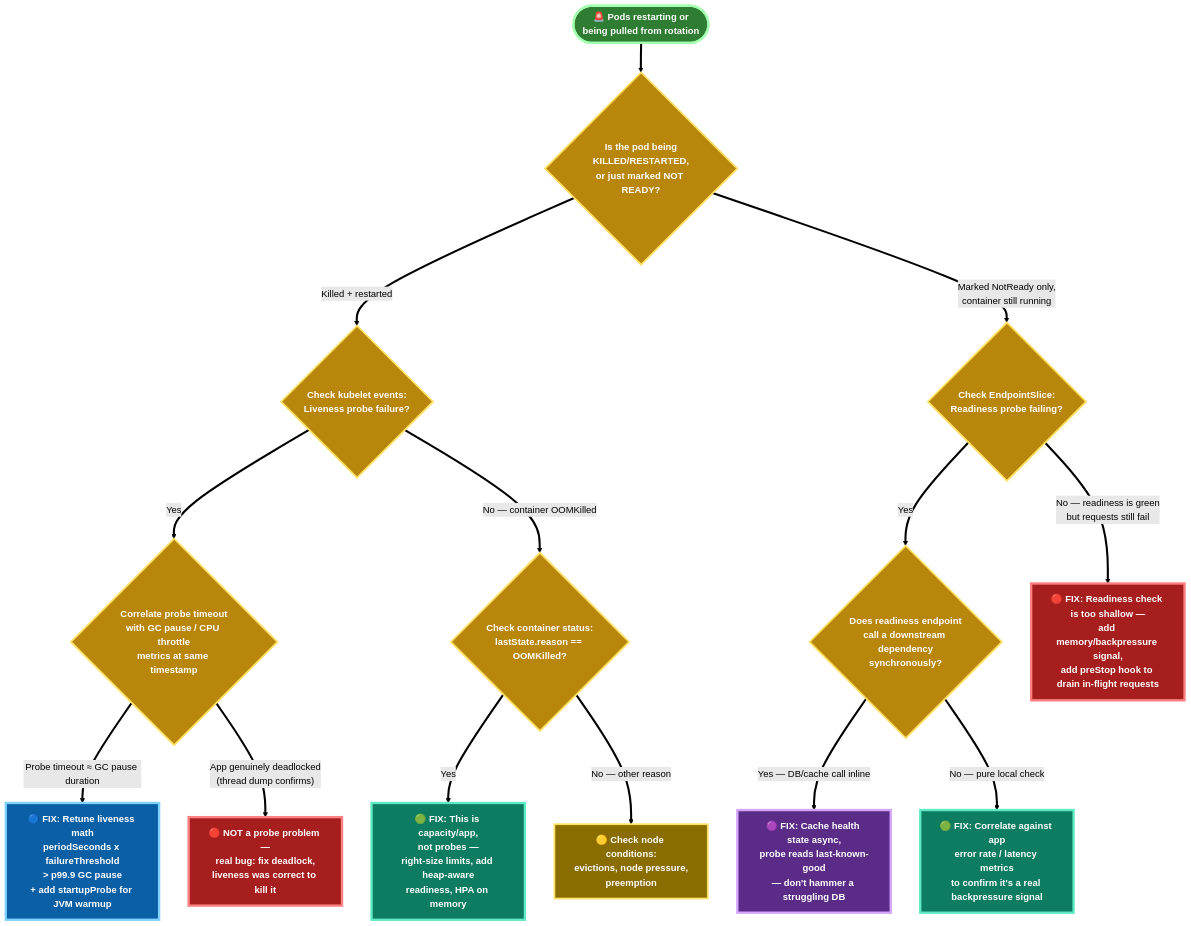
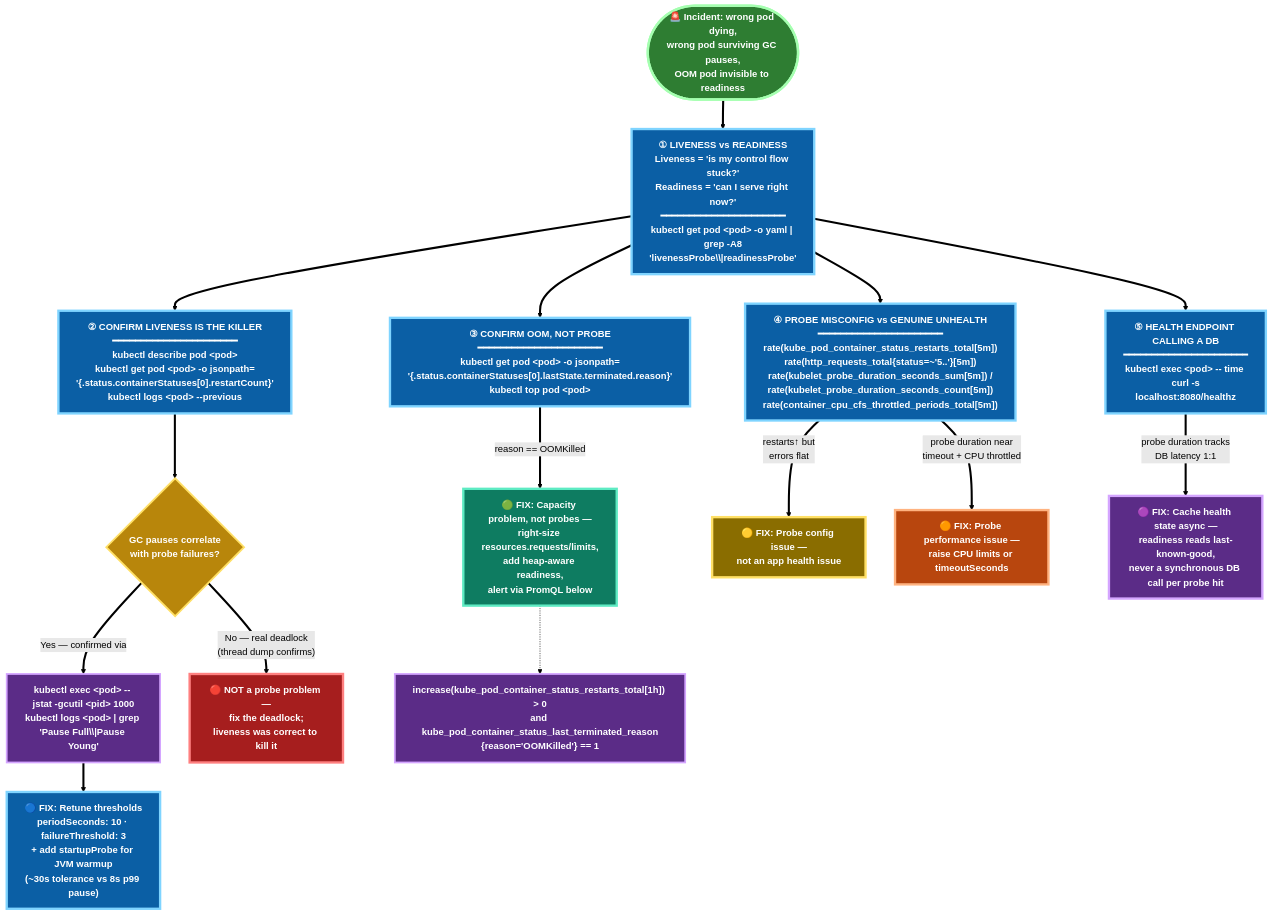
One commit to SubirDutta82/devops-interview-notes changed the second of 2 diagrams in k8s/liveness_rediness_probe_failure.md. Above: the diagram before and after it, drawn with Mermaid (forest theme).

````diff
--- a/k8s/liveness_rediness_probe_failure.md
+++ b/k8s/liveness_rediness_probe_failure.md
@@ -168,37 +168,52 @@
 ```mermaid
 flowchart TD
-    Start(["🚨 Pods restarting or<br/>being pulled from rotation"]) ==> Q1{"Is the pod being<br/>KILLED/RESTARTED,<br/>or just marked NOT READY?"}
+    Start(["🚨 Incident: wrong pod dying,<br/>wrong pod surviving GC pauses,<br/>OOM pod invisible to readiness"]) ==> P1
 
-    Q1 ==>|"Killed + restarted"| Q2{"Check kubelet events:<br/>Liveness probe failure?"}
-    Q1 ==>|"Marked NotReady only,<br/>container still running"| Q6{"Check EndpointSlice:<br/>Readiness probe failing?"}
+    P1["① LIVENESS vs READINESS<br/>Liveness = 'is my control flow stuck?'<br/>Readiness = 'can I serve right now?'<br/>━━━━━━━━━━━━━━━━━━━━━━<br/>kubectl get pod &lt;pod&gt; -o yaml | grep -A8<br/>'livenessProbe\\|readinessProbe'"]
 
-    Q2 ==>|Yes| Q3{"Correlate probe timeout<br/>with GC pause / CPU throttle<br/>metrics at same timestamp"}
-    Q3 ==>|"Probe timeout ≈ GC pause duration"| F1["🔵 FIX: Retune liveness math<br/>periodSeconds x failureThreshold<br/>&gt; p99.9 GC pause<br/>+ add startupProbe for JVM warmup"]
-    Q3 ==>|"App genuinely deadlocked<br/>(thread dump confirms)"| F2["🔴 NOT a probe problem —<br/>real bug: fix deadlock,<br/>liveness was correct to kill it"]
+    P1 ==> P2["② CONFIRM LIVENESS IS THE KILLER<br/>━━━━━━━━━━━━━━━━━━━━━━<br/>kubectl describe pod &lt;pod&gt;<br/>kubectl get pod &lt;pod&gt; -o jsonpath=<br/>'{.status.containerStatuses[0].restartCount}'<br/>kubectl logs &lt;pod&gt; --previous"]
 
-    Q2 ==>|"No — container OOMKilled"| Q4{"Check container status:<br/>lastState.reason == OOMKilled?"}
-    Q4 ==>|Yes| F3["🟢 FIX: This is capacity/app,<br/>not probes —<br/>right-size limits, add heap-aware<br/>readiness, HPA on memory"]
-    Q4 ==>|"No — other reason"| Q5["🟡 Check node conditions:<br/>evictions, node pressure,<br/>preemption"]
+    P2 ==> P3{"GC pauses correlate<br/>with probe failures?"}
 
-    Q6 ==>|Yes| Q7{"Does readiness endpoint<br/>call a downstream dependency<br/>synchronously?"}
-    Q7 ==>|"Yes — DB/cache call inline"| F4["🟣 FIX: Cache health state async,<br/>probe reads last-known-good<br/>— don't hammer a struggling DB"]
-    Q7 ==>|"No — pure local check"| F5["🟢 FIX: Correlate against app<br/>error rate / latency metrics<br/>to confirm it's a real backpressure signal"]
+    P3 ==>|"Yes — confirmed via"| P3a["kubectl exec &lt;pod&gt; -- jstat -gcutil &lt;pid&gt; 1000<br/>kubectl logs &lt;pod&gt; | grep 'Pause Full\\|Pause Young'"]
+    P3a ==> F1["🔵 FIX: Retune thresholds<br/>periodSeconds: 10 · failureThreshold: 3<br/>+ add startupProbe for JVM warmup<br/>(~30s tolerance vs 8s p99 pause)"]
 
-    Q6 ==>|"No — readiness is green<br/>but requests still fail"| F6["🔴 FIX: Readiness check is too shallow —<br/>add memory/backpressure signal,<br/>add preStop hook to drain in-flight requests"]
+    P3 ==>|"No — real deadlock<br/>(thread dump confirms)"| F2["🔴 NOT a probe problem —<br/>fix the deadlock;<br/>liveness was correct to kill it"]
+
+    P1 ==> P4["③ CONFIRM OOM, NOT PROBE<br/>━━━━━━━━━━━━━━━━━━━━━━<br/>kubectl get pod &lt;pod&gt; -o jsonpath=<br/>'{.status.containerStatuses[0].lastState.terminated.reason}'<br/>kubectl top pod &lt;pod&gt;"]
+
+    P4 ==>|"reason == OOMKilled"| F3["🟢 FIX: Capacity problem, not probes —<br/>right-size resources.requests/limits,<br/>add heap-aware readiness,<br/>alert via PromQL below"]
+
+    F3 -.-> M1["increase(kube_pod_container_status_restarts_total[1h]) &gt; 0<br/>and kube_pod_container_status_last_terminated_reason<br/>{reason='OOMKilled'} == 1"]
+
+    P1 ==> P5["④ PROBE MISCONFIG vs GENUINE UNHEALTH<br/>━━━━━━━━━━━━━━━━━━━━━━<br/>rate(kube_pod_container_status_restarts_total[5m])<br/>rate(http_requests_total{status=~'5..'}[5m])<br/>rate(kubelet_probe_duration_seconds_sum[5m]) /<br/>rate(kubelet_probe_duration_seconds_count[5m])<br/>rate(container_cpu_cfs_throttled_periods_total[5m])"]
+
+    P5 ==>|"restarts↑ but<br/>errors flat"| F4["🟡 FIX: Probe config issue —<br/>not an app health issue"]
+    P5 ==>|"probe duration near<br/>timeout + CPU throttled"| F5["🟠 FIX: Probe performance issue —<br/>raise CPU limits or timeoutSeconds"]
+
+    P1 ==> P6["⑤ HEALTH ENDPOINT CALLING A DB<br/>━━━━━━━━━━━━━━━━━━━━━━<br/>kubectl exec &lt;pod&gt; -- time curl -s<br/>localhost:8080/healthz"]
+
+    P6 ==>|"probe duration tracks<br/>DB latency 1:1"| F6["🟣 FIX: Cache health state async —<br/>readiness reads last-known-good,<br/>never a synchronous DB call per probe hit"]
 
     classDef startEnd fill:#2E7D32,stroke:#A5FFB0,stroke-width:4px,color:#ffffff,font-weight:bold
+    classDef step fill:#0B5FA5,stroke:#7FD4FF,stroke-width:4px,color:#ffffff,font-weight:bold
     classDef decision fill:#B8860B,stroke:#FFE066,stroke-width:3px,color:#ffffff,font-weight:bold
+    classDef metric fill:#5B2C87,stroke:#D4A5FF,stroke-width:3px,color:#ffffff,font-weight:bold
     classDef fixBlue fill:#0B5FA5,stroke:#7FD4FF,stroke-width:4px,color:#ffffff,font-weight:bold
     classDef fixRed fill:#A61E1E,stroke:#FF8080,stroke-width:4px,color:#ffffff,font-weight:bold
     classDef fixGreen fill:#0E7C61,stroke:#5EEBC3,stroke-width:4px,color:#ffffff,font-weight:bold
     classDef fixPurple fill:#5B2C87,stroke:#D4A5FF,stroke-width:4px,color:#ffffff,font-weight:bold
-    classDef fixYellow fill:#8A6D00,stroke:#FFE066,stroke-width:3px,color:#ffffff,font-weight:bold
+    classDef fixYellow fill:#8A6D00,stroke:#FFE066,stroke-width:4px,color:#ffffff,font-weight:bold
+    classDef fixOrange fill:#B8460E,stroke:#FFB380,stroke-width:4px,color:#ffffff,font-weight:bold
 
     class Start startEnd
-    class Q1,Q2,Q3,Q4,Q6,Q7 decision
-    class Q5 fixYellow
+    class P1,P2,P4,P5,P6 step
+    class P3 decision
+    class P3a,M1 metric
     class F1 fixBlue
-    class F2,F6 fixRed
-    class F3,F5 fixGreen
-    class F4 fixPurple
+    class F2 fixRed
+    class F3 fixGreen
+    class F4 fixYellow
+    class F5 fixOrange
+    class F6 fixPurple
 ```
````
